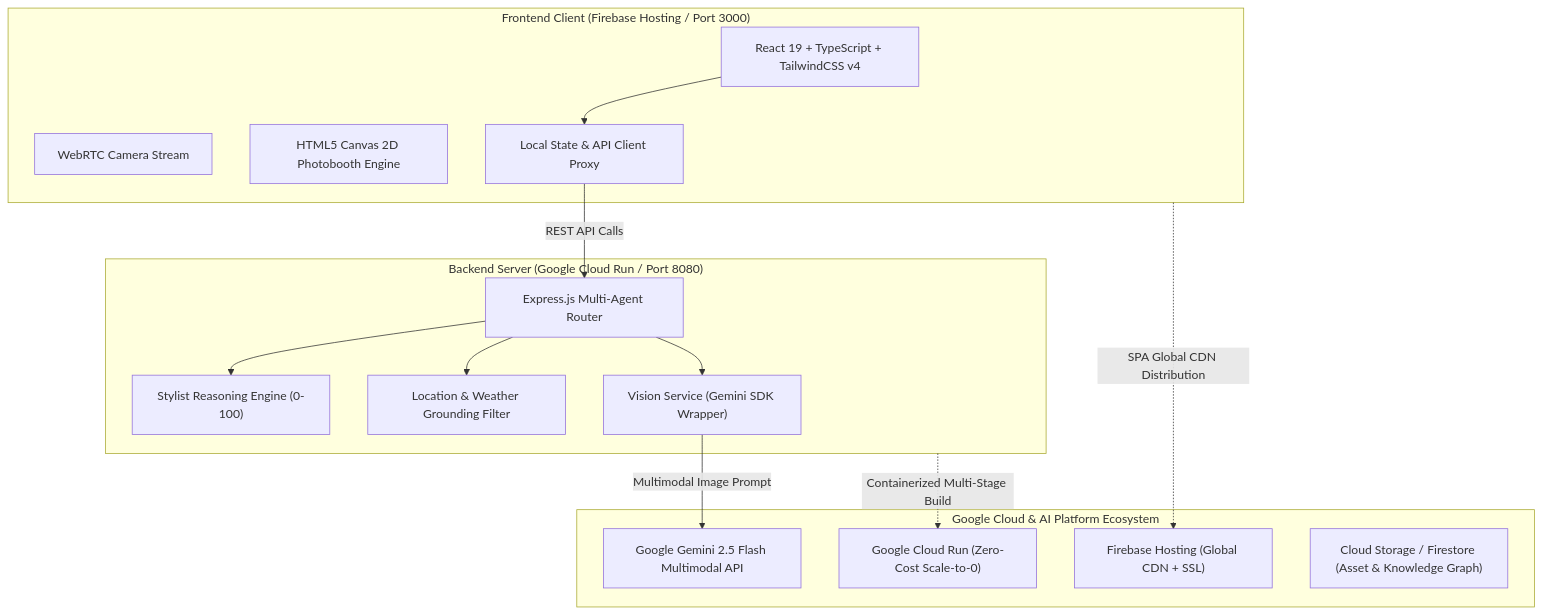
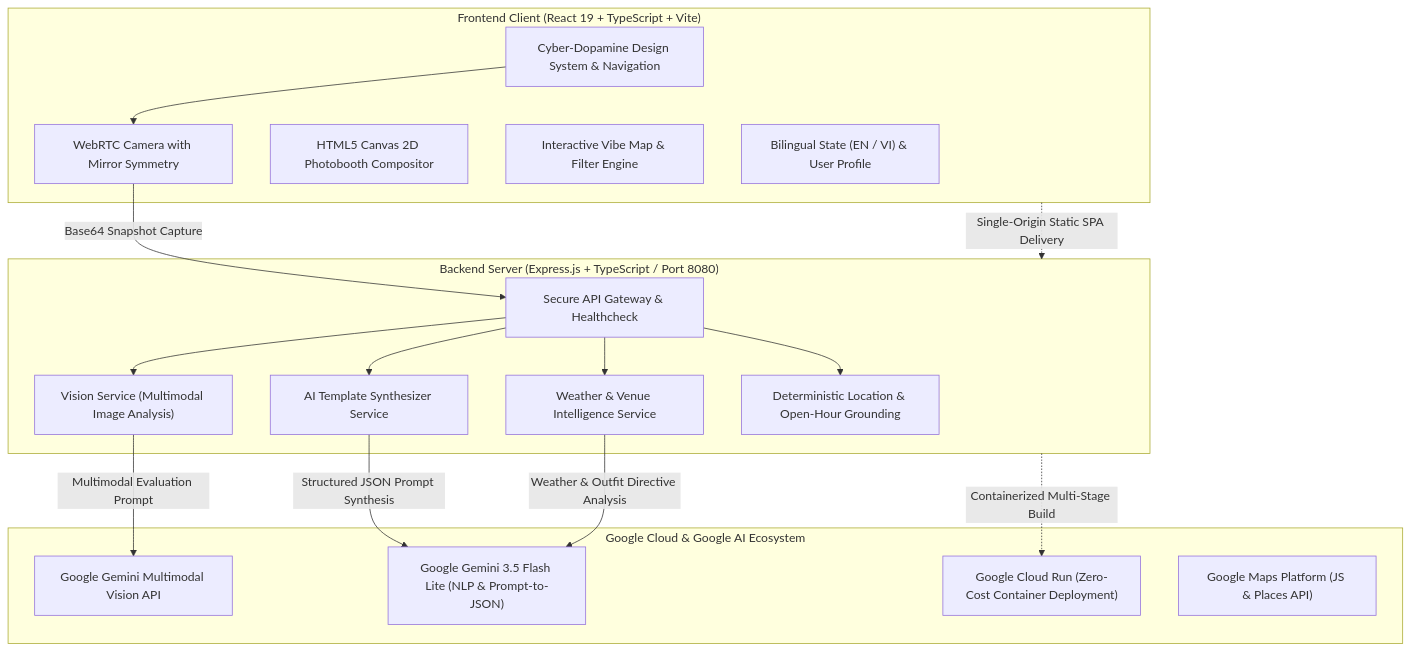
The diagram in README.md (BennedictQuanTon/AuraLens), drawn with Mermaid before and after one commit. The commit also changed other lines of this file, not shown here.

````diff
--- a/README.md
+++ b/README.md
@@ -66,32 +78,39 @@
 ```mermaid
 flowchart TD
-    subgraph Frontend["Frontend Client (Firebase Hosting / Port 3000)"]
-        UI["React 19 + TypeScript + TailwindCSS v4"]
-        RTC["WebRTC Camera Stream"]
-        CANVAS["HTML5 Canvas 2D Photobooth Engine"]
-        STORE["Local State & API Client Proxy"]
+    subgraph Client["Frontend Client (React 19 + TypeScript + Vite)"]
+        UI["Cyber-Dopamine Design System & Navigation"]
+        CAMERA["WebRTC Camera with Mirror Symmetry"]
+        CANVAS["HTML5 Canvas 2D Photobooth Compositor"]
+        MAP_UI["Interactive Vibe Map & Filter Engine"]
+        SETTINGS["Bilingual State (EN / VI) & User Profile"]
     end
 
-    subgraph Backend["Backend Server (Google Cloud Run / Port 8080)"]
-        EXPRESS["Express.js Multi-Agent Router"]
-        STYLIST["Stylist Reasoning Engine (0-100)"]
-        LOCATION["Location & Weather Grounding Filter"]
-        VISION["Vision Service (Gemini SDK Wrapper)"]
+    subgraph Server["Backend Server (Express.js + TypeScript / Port 8080)"]
+        PROXY["Secure API Gateway & Healthcheck"]
+        VISION_SVC["Vision Service (Multimodal Image Analysis)"]
+        AI_TEMPLATE_SVC["AI Template Synthesizer Service"]
+        MAP_AI_SVC["Weather & Venue Intelligence Service"]
+        LOCATION_SVC["Deterministic Location & Open-Hour Grounding"]
     end
 
-    subgraph GoogleCloud["Google Cloud & AI Platform Ecosystem"]
-        GEMINI["Google Gemini 2.5 Flash Multimodal API"]
-        GCR["Google Cloud Run (Zero-Cost Scale-to-0)"]
-        FIREBASE["Firebase Hosting (Global CDN + SSL)"]
-        GCS["Cloud Storage / Firestore (Asset & Knowledge Graph)"]
+    subgraph GoogleAI["Google Cloud & Google AI Ecosystem"]
+        GEMINI_VISION["Google Gemini Multimodal Vision API"]
+        GEMINI_FLASH["Google Gemini 3.5 Flash Lite (NLP & Prompt-to-JSON)"]
+        CLOUD_RUN["Google Cloud Run (Zero-Cost Container Deployment)"]
+        MAPS_PLATFORM["Google Maps Platform (JS & Places API)"]
     end
 
-    UI --> STORE
-    STORE -->|REST API Calls| EXPRESS
-    EXPRESS --> VISION
-    EXPRESS --> STYLIST
-    EXPRESS --> LOCATION
-    VISION -->|Multimodal Image Prompt| GEMINI
-    Backend -.->|Containerized Multi-Stage Build| GCR
-    Frontend -.->|SPA Global CDN Distribution| FIREBASE
+    UI --> CAMERA
+    CAMERA -->|Base64 Snapshot Capture| PROXY
+    PROXY --> VISION_SVC
+    PROXY --> AI_TEMPLATE_SVC
+    PROXY --> MAP_AI_SVC
+    PROXY --> LOCATION_SVC
+
+    VISION_SVC -->|Multimodal Evaluation Prompt| GEMINI_VISION
+    AI_TEMPLATE_SVC -->|Structured JSON Prompt Synthesis| GEMINI_FLASH
+    MAP_AI_SVC -->|Weather & Outfit Directive Analysis| GEMINI_FLASH
+
+    Client -.->|Single-Origin Static SPA Delivery| Server
+    Server -.->|Containerized Multi-Stage Build| CLOUD_RUN
 ```
````
